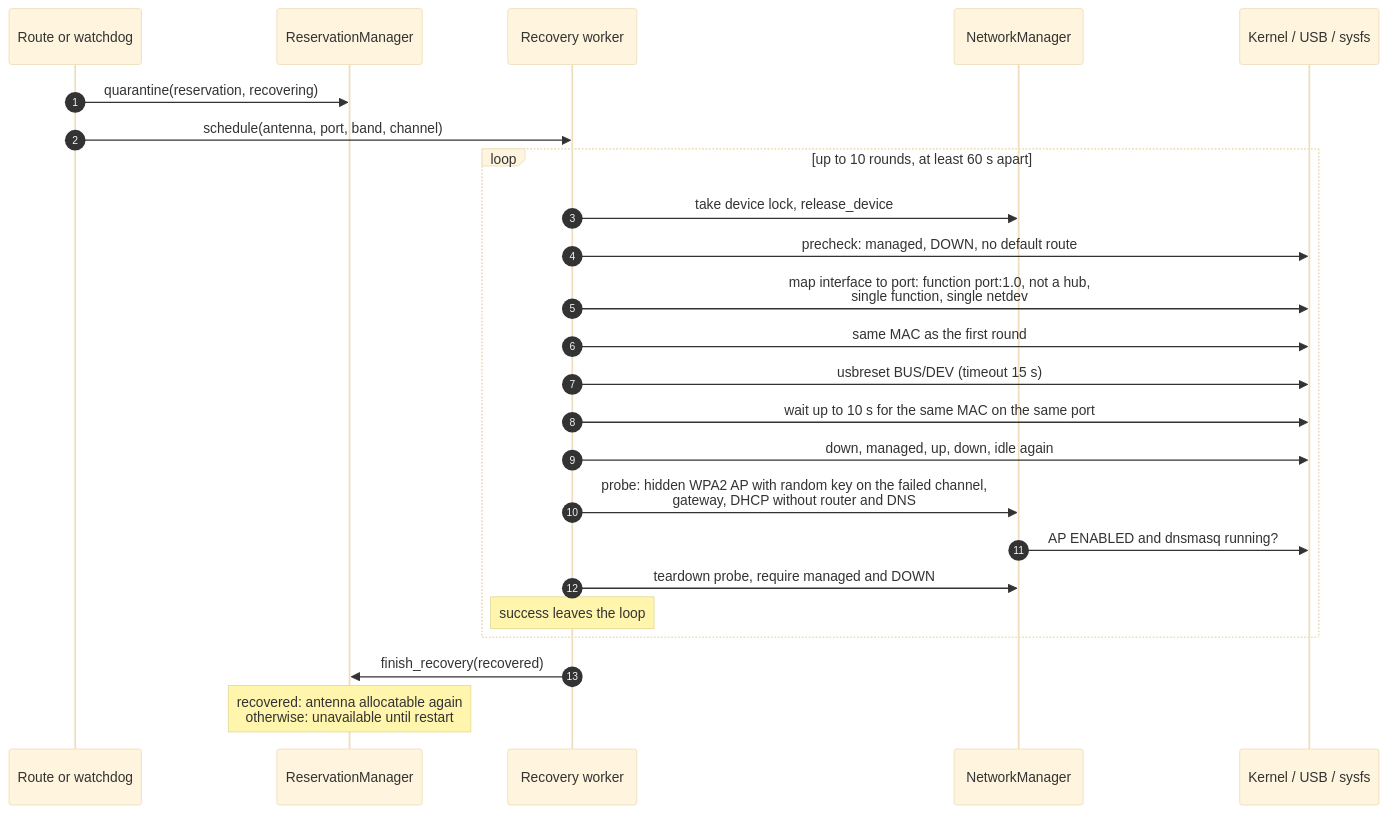
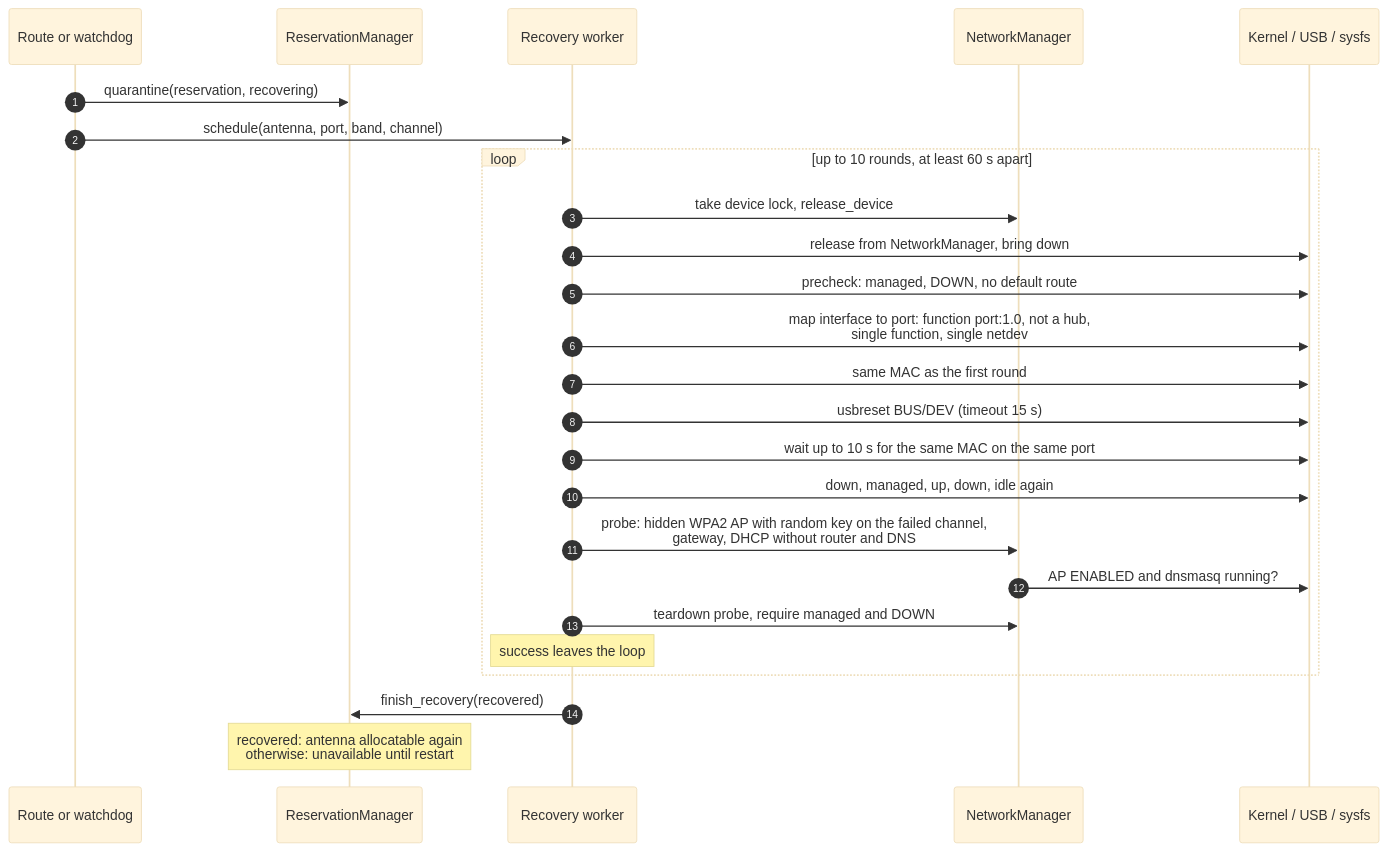
Diagram 12 of 13 in docs/architecture.md (caporalesimone/wi-lab), drawn with Mermaid (base theme) before and after one commit. The commit also changed other lines of this file and 8 other files, not shown here.

````diff
--- a/docs/architecture.md
+++ b/docs/architecture.md
@@ -563,27 +563,28 @@
 ```mermaid
 sequenceDiagram
     autonumber
     participant RT as Route or watchdog
     participant RM as ReservationManager
     participant WK as Recovery worker
     participant NM as NetworkManager
     participant K as Kernel / USB / sysfs
 
     RT->>RM: quarantine(reservation, recovering)
     RT->>WK: schedule(antenna, port, band, channel)
     loop up to 10 rounds, at least 60 s apart
         WK->>NM: take device lock, release_device
+        WK->>K: release from NetworkManager, bring down
         WK->>K: precheck: managed, DOWN, no default route
         WK->>K: map interface to port: function port:1.0, not a hub,<br/>single function, single netdev
         WK->>K: same MAC as the first round
         WK->>K: usbreset BUS/DEV (timeout 15 s)
         WK->>K: wait up to 10 s for the same MAC on the same port
         WK->>K: down, managed, up, down, idle again
         WK->>NM: probe: hidden WPA2 AP with random key on the failed channel,<br/>gateway, DHCP without router and DNS
         NM->>K: AP ENABLED and dnsmasq running?
         WK->>NM: teardown probe, require managed and DOWN
         Note over WK: success leaves the loop
     end
     WK->>RM: finish_recovery(recovered)
     Note over RM: recovered: antenna allocatable again<br/>otherwise: unavailable until restart
 ```
````
